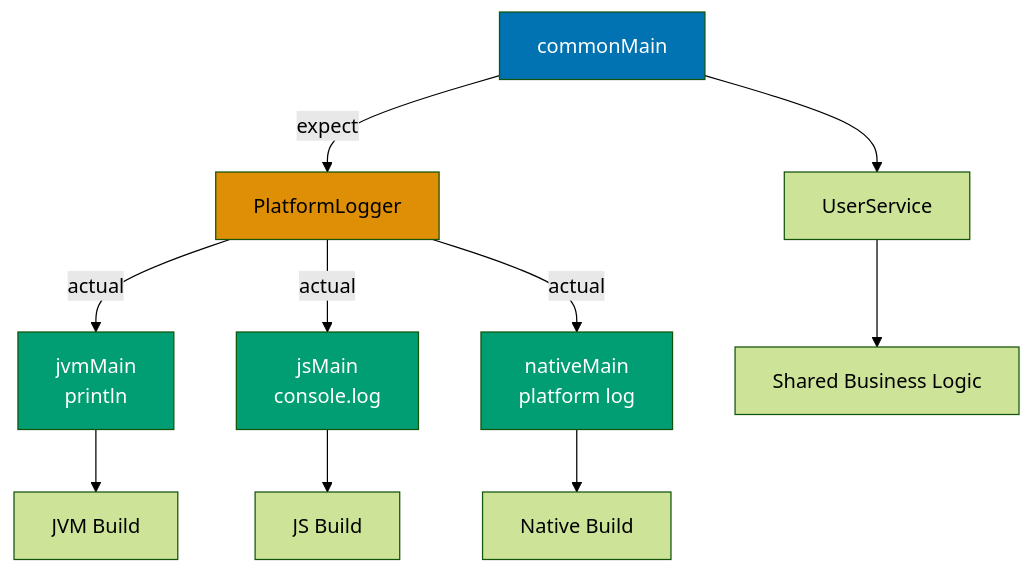
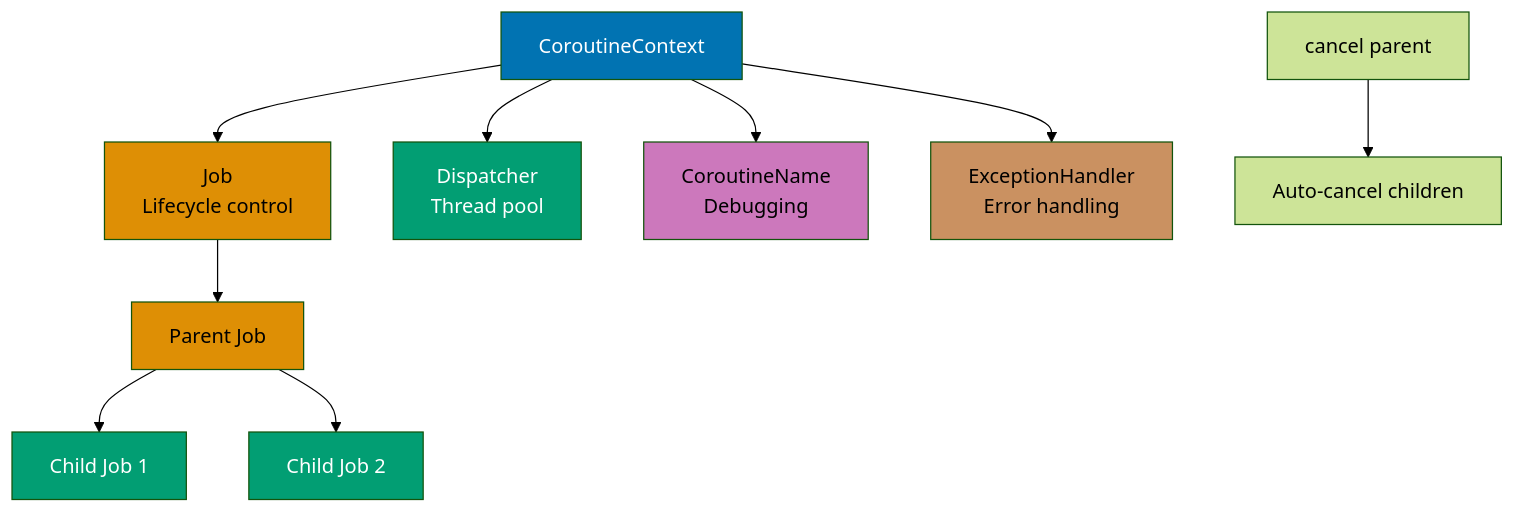
One commit to wahidyankf/open-sharia-enterprise changed the second of 4 diagrams in apps/ayokoding-web/content/en/learn/software-engineering/programming-languages/kotlin/tutorials/by-example/advanced.md. Above: the diagram before and after it, drawn with Mermaid (forest theme). The commit also changed other lines of this file and 6 other files, not shown here.

````diff
--- a/apps/ayokoding-web/content/en/learn/software-engineering/programming-languages/kotlin/tutorials/by-example/advanced.md
+++ b/apps/ayokoding-web/content/en/learn/software-engineering/programming-languages/kotlin/tutorials/by-example/advanced.md
@@ -653,20 +122,23 @@
 ```mermaid
+%% CoroutineContext composition showing elements
 graph TD
-    A[commonMain] -->|expect| B[PlatformLogger]
-    A --> C[UserService]
+    A[CoroutineContext] --> B[Job<br/>Lifecycle control]
+    A --> C[Dispatcher<br/>Thread pool]
+    A --> D[CoroutineName<br/>Debugging]
+    A --> E[ExceptionHandler<br/>Error handling]
 
-    B -->|actual| D[jvmMain<br/>println]
-    B -->|actual| E[jsMain<br/>console.log]
-    B -->|actual| F[nativeMain<br/>platform log]
+    B --> F[Parent Job]
+    F --> G[Child Job 1]
+    F --> H[Child Job 2]
 
-    C --> G[Shared Business Logic]
-    D --> H[JVM Build]
-    E --> I[JS Build]
-    F --> J[Native Build]
+    I[cancel parent] --> J[Auto-cancel children]
 
     style A fill:#0173B2,color:#fff
     style B fill:#DE8F05,color:#000
-    style D fill:#029E73,color:#fff
-    style E fill:#029E73,color:#fff
-    style F fill:#029E73,color:#fff
+    style C fill:#029E73,color:#fff
+    style D fill:#CC78BC,color:#000
+    style E fill:#CA9161,color:#000
+    style F fill:#DE8F05,color:#000
+    style G fill:#029E73,color:#fff
+    style H fill:#029E73,color:#fff
 ```
````
